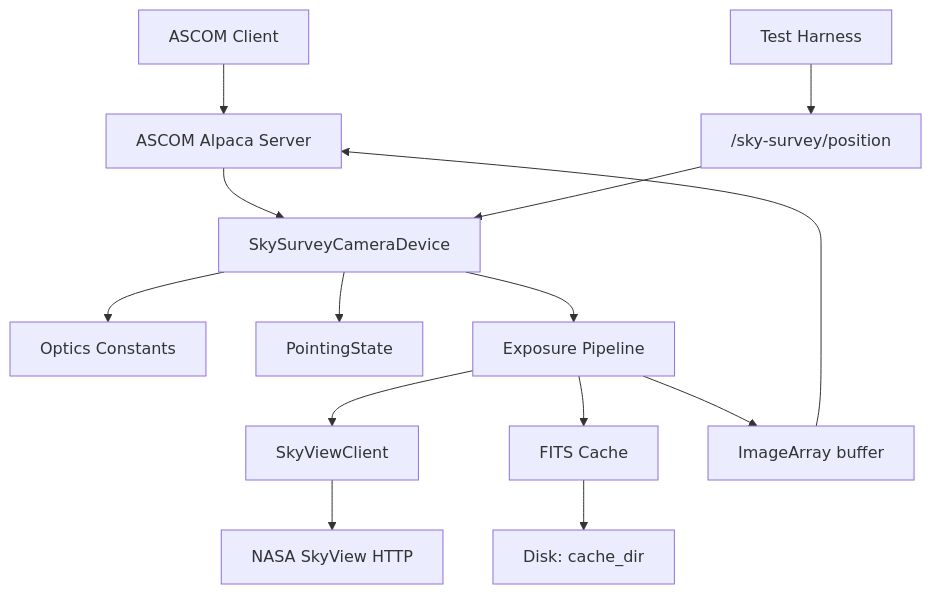
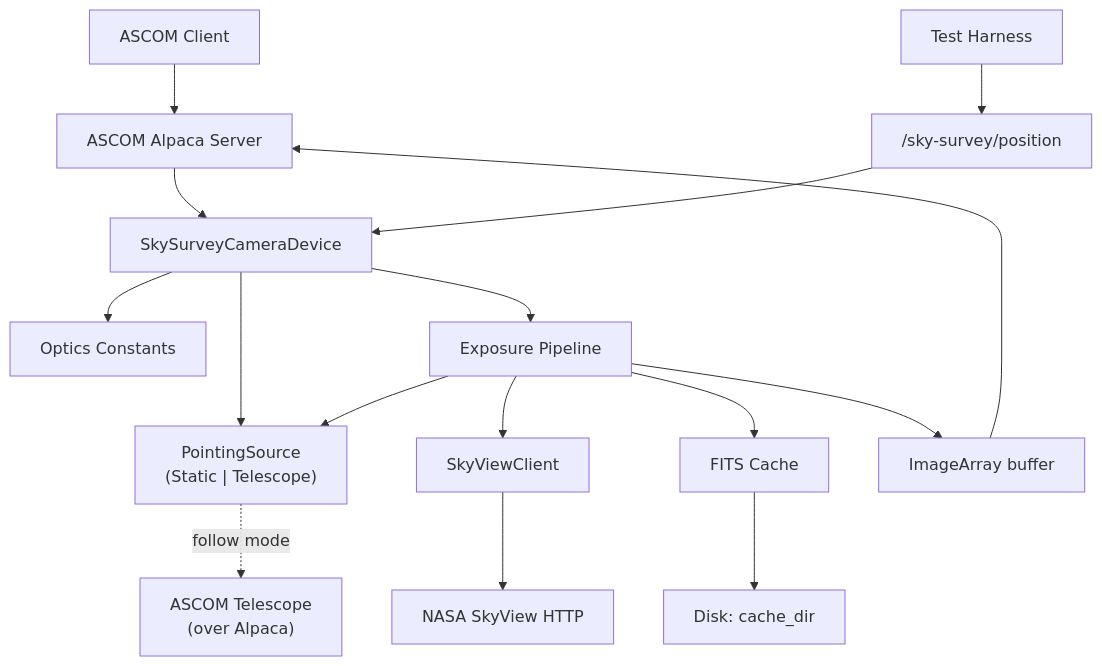
The diagram in docs/services/sky-survey-camera.md (ivonnyssen/rusty-photon), drawn with Mermaid before and after one commit. The commit also changed other lines of this file, not shown here.

First line of the commit message:
docs(sky-survey-camera): Phase 1 — telescope-follow mode service spec

````diff
--- a/docs/services/sky-survey-camera.md
+++ b/docs/services/sky-survey-camera.md
@@ -317,16 +474,18 @@
 ```mermaid
 graph TD;
     A[ASCOM Client] --> B[ASCOM Alpaca Server];
     A2[Test Harness] --> B2["/sky-survey/position"];
     B --> C[SkySurveyCameraDevice];
     B2 --> C;
     C --> D[Optics Constants];
-    C --> E[PointingState];
+    C --> PS["PointingSource<br/>(Static | Telescope)"];
+    PS -. follow mode .-> M["ASCOM Telescope<br/>(over Alpaca)"];
     C --> F[Exposure Pipeline];
+    F --> PS;
     F --> G[SkyViewClient];
     G --> I[NASA SkyView HTTP];
     F --> J[FITS Cache];
     J --> K[Disk: cache_dir];
     F --> L[ImageArray buffer];
     L --> B;
 ```
````
